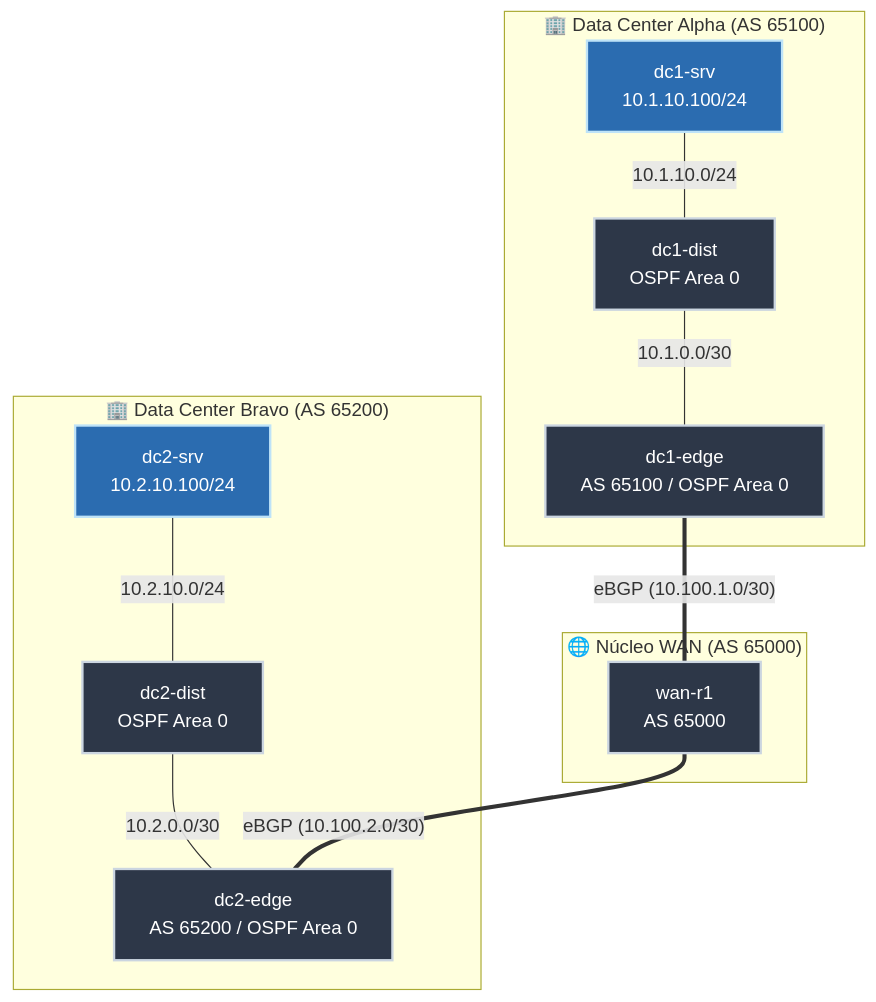
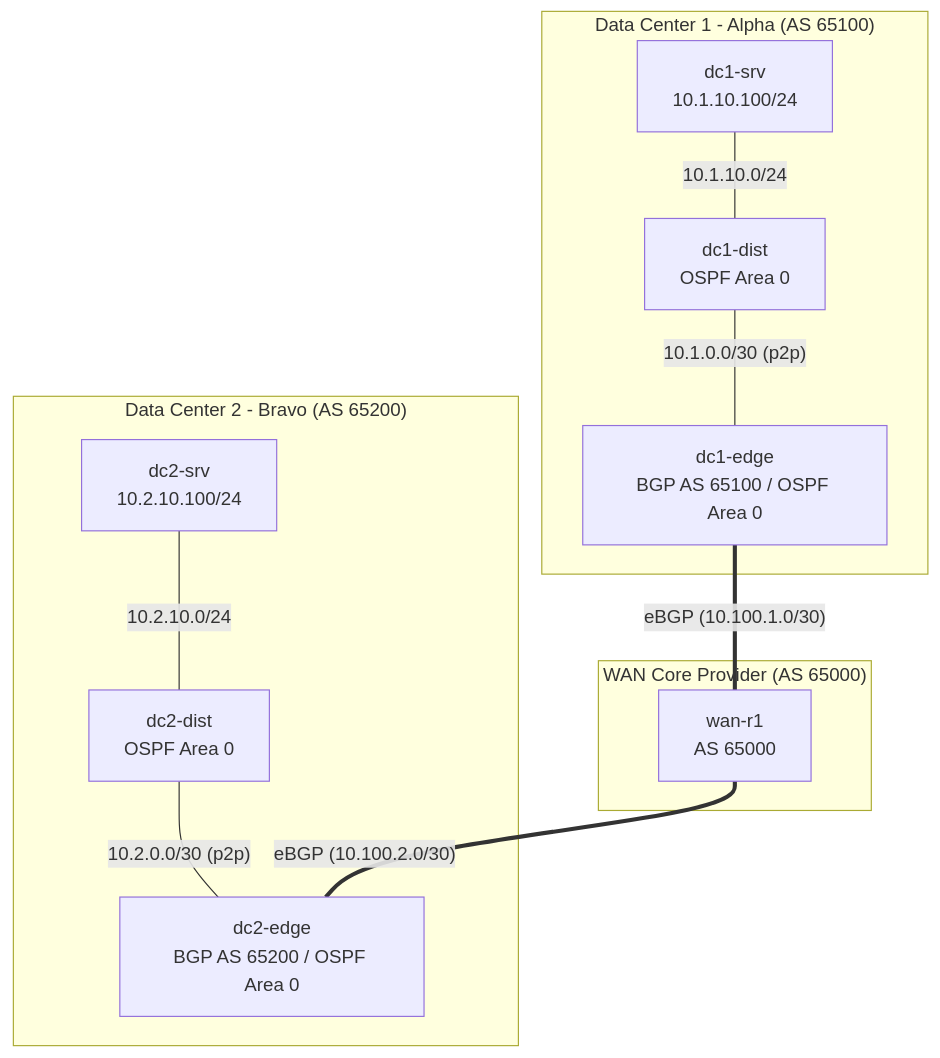
The diagram in labs/04-enterprise-multisite-bgp-ospf/README.md (Bryann288/netdevops-containerlab-labs), drawn with Mermaid before and after one commit. The commit also changed other lines of this file and 5 other files, not shown here.

Commit message:
docs: standardize technical documentation, remove local paths, and add visual architecture diagram

````diff
--- a/labs/04-enterprise-multisite-bgp-ospf/README.md
+++ b/labs/04-enterprise-multisite-bgp-ospf/README.md
@@ -9,32 +11,27 @@
 ```mermaid
 flowchart TD
-    subgraph WAN ["🌐 Núcleo WAN (AS 65000)"]
+    subgraph WAN ["WAN Core Provider (AS 65000)"]
         wan["wan-r1<br/>AS 65000"]
     end
 
-    subgraph DC1 ["🏢 Data Center Alpha (AS 65100)"]
-        dc1_edge["dc1-edge<br/>AS 65100 / OSPF Area 0"]
+    subgraph DC1 ["Data Center 1 - Alpha (AS 65100)"]
+        dc1_edge["dc1-edge<br/>BGP AS 65100 / OSPF Area 0"]
         dc1_dist["dc1-dist<br/>OSPF Area 0"]
         dc1_srv["dc1-srv<br/>10.1.10.100/24"]
-        
+
         dc1_srv ---|"10.1.10.0/24"| dc1_dist
-        dc1_dist ---|"10.1.0.0/30"| dc1_edge
+        dc1_dist ---|"10.1.0.0/30 (p2p)"| dc1_edge
     end
 
-    subgraph DC2 ["🏢 Data Center Bravo (AS 65200)"]
-        dc2_edge["dc2-edge<br/>AS 65200 / OSPF Area 0"]
+    subgraph DC2 ["Data Center 2 - Bravo (AS 65200)"]
+        dc2_edge["dc2-edge<br/>BGP AS 65200 / OSPF Area 0"]
         dc2_dist["dc2-dist<br/>OSPF Area 0"]
         dc2_srv["dc2-srv<br/>10.2.10.100/24"]
-        
+
         dc2_srv ---|"10.2.10.0/24"| dc2_dist
-        dc2_dist ---|"10.2.0.0/30"| dc2_edge
+        dc2_dist ---|"10.2.0.0/30 (p2p)"| dc2_edge
     end
 
     dc1_edge ===|"eBGP (10.100.1.0/30)"| wan
     wan ===|"eBGP (10.100.2.0/30)"| dc2_edge
-
-    classDef router fill:#2d3748,stroke:#cbd5e0,stroke-width:2px,color:#fff;
-    classDef host fill:#2b6cb0,stroke:#bee3f8,stroke-width:2px,color:#fff;
-    class wan,dc1_edge,dc1_dist,dc2_edge,dc2_dist router;
-    class dc1_srv,dc2_srv host;
 ```
````
